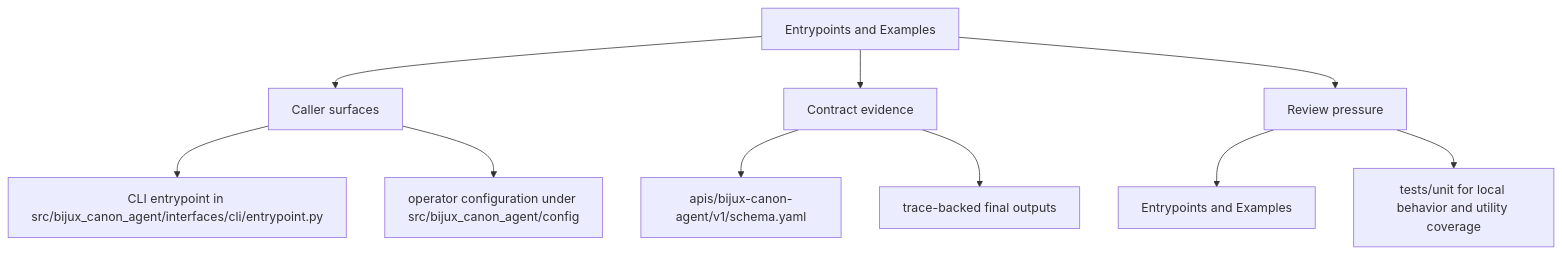
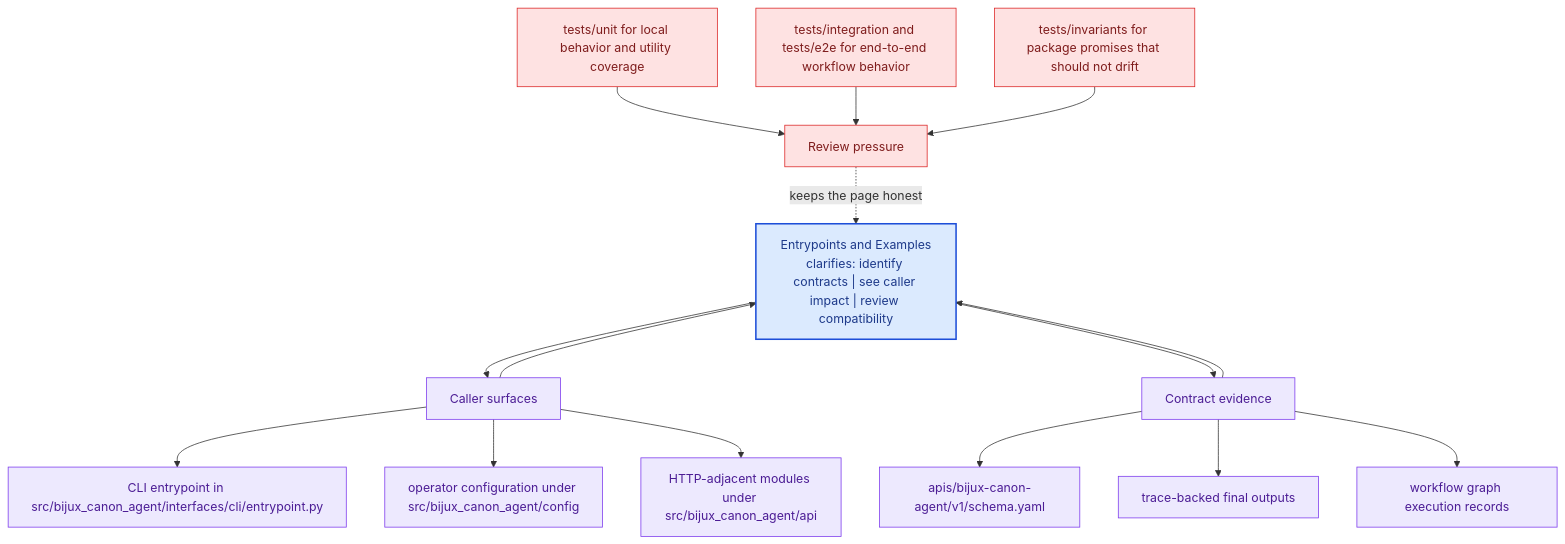
One commit to bijux/bijux-canon changed the second of 2 diagrams in docs/bijux-canon-agent/interfaces/entrypoints-and-examples.md. Above: the diagram before and after it, drawn with Mermaid. The commit also changed other lines of this file and 281 other files, not shown here.

Commit message:
docs(diagrams): deepen handbook mermaid maps across the catalog

````diff
--- a/docs/bijux-canon-agent/interfaces/entrypoints-and-examples.md
+++ b/docs/bijux-canon-agent/interfaces/entrypoints-and-examples.md
@@ -34,22 +67,41 @@
 ```mermaid
-flowchart TD
-    page["Entrypoints and Examples"]
+flowchart TB
+    promise["Entrypoints and Examples<br/>clarifies: identify contracts | see caller impact | review compatibility"]
+    classDef promise fill:#dbeafe,stroke:#1d4ed8,color:#1e3a8a,stroke-width:2px;
+    classDef driver fill:#dcfce7,stroke:#16a34a,color:#14532d;
+    classDef constraint fill:#fee2e2,stroke:#dc2626,color:#7f1d1d;
+    classDef ground fill:#ede9fe,stroke:#7c3aed,color:#4c1d95;
     focus1["Caller surfaces"]
-    page --> focus1
+    focus1 --> promise
+    promise --> focus1
     focus1_1["CLI entrypoint in src/bijux_canon_agent/interfaces/cli/entrypoint.py"]
     focus1 --> focus1_1
     focus1_2["operator configuration under src/bijux_canon_agent/config"]
     focus1 --> focus1_2
+    focus1_3["HTTP-adjacent modules under src/bijux_canon_agent/api"]
+    focus1 --> focus1_3
+    class focus1 ground;
+    class focus1_1,focus1_2,focus1_3 ground;
     focus2["Contract evidence"]
-    page --> focus2
+    focus2 --> promise
+    promise --> focus2
     focus2_1["apis/bijux-canon-agent/v1/schema.yaml"]
     focus2 --> focus2_1
     focus2_2["trace-backed final outputs"]
     focus2 --> focus2_2
+    focus2_3["workflow graph execution records"]
+    focus2 --> focus2_3
+    class focus2 ground;
+    class focus2_1,focus2_2,focus2_3 ground;
     focus3["Review pressure"]
-    page --> focus3
-    focus3_1["Entrypoints and Examples"]
-    focus3 --> focus3_1
-    focus3_2["tests/unit for local behavior and utility coverage"]
-    focus3 --> focus3_2
+    focus3 -.keeps the page honest.-> promise
+    focus3_1["tests/unit for local behavior and utility coverage"]
+    focus3_1 --> focus3
+    focus3_2["tests/integration and tests/e2e for end-to-end workflow behavior"]
+    focus3_2 --> focus3
+    focus3_3["tests/invariants for package promises that should not drift"]
+    focus3_3 --> focus3
+    class focus3 constraint;
+    class focus3_1,focus3_2,focus3_3 constraint;
+    class promise promise;
 ```
````
